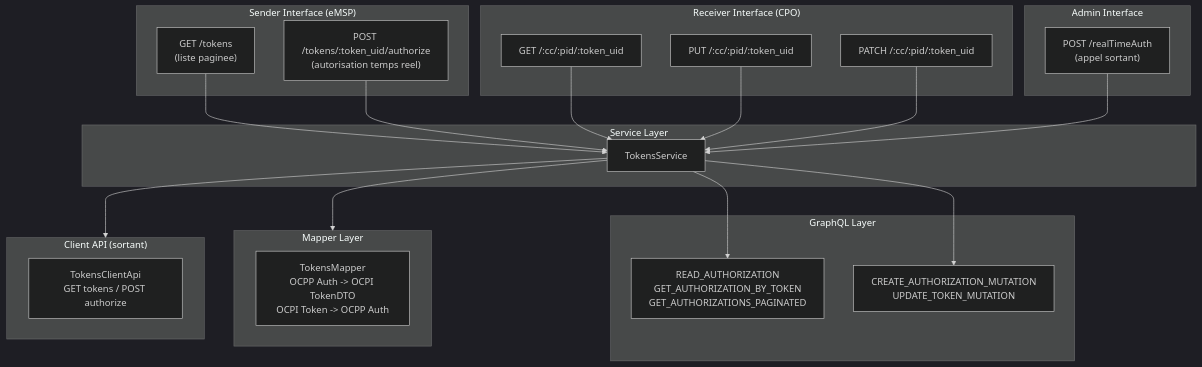
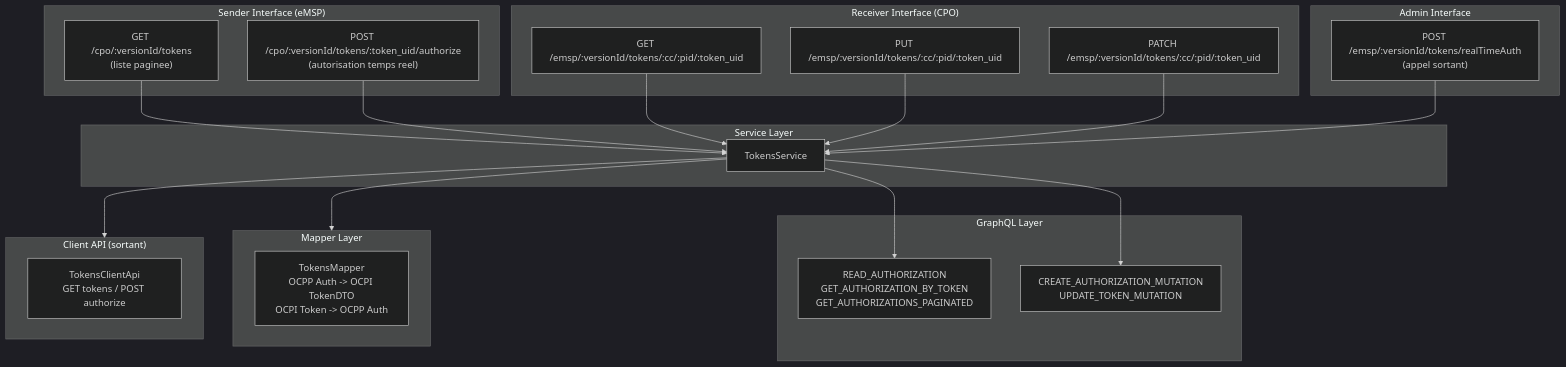
Before and after one commit to enexflow/citrineos-ocpi: the diagram in 03_Modules/Tokens/README.md, drawn with Mermaid (dark theme). The commit also changed other lines of this file and 25 other files, not shown here.

Commit message:
refactor: distinct emsp and cpo routes

````diff
--- a/03_Modules/Tokens/README.md
+++ b/03_Modules/Tokens/README.md
@@ -20,38 +20,38 @@
 ```mermaid
 flowchart TD
     subgraph senderInterface ["Sender Interface (eMSP)"]
-        SenderGET["GET /tokens\n(liste paginee)"]
-        SenderPOST["POST /tokens/:token_uid/authorize\n(autorisation temps reel)"]
+        SenderGET["GET /cpo/:versionId/tokens\n(liste paginee)"]
+        SenderPOST["POST /cpo/:versionId/tokens/:token_uid/authorize\n(autorisation temps reel)"]
     end
     subgraph receiverInterface ["Receiver Interface (CPO)"]
-        ReceiverGET["GET /:cc/:pid/:token_uid"]
-        ReceiverPUT["PUT /:cc/:pid/:token_uid"]
-        ReceiverPATCH["PATCH /:cc/:pid/:token_uid"]
+        ReceiverGET["GET /emsp/:versionId/tokens/:cc/:pid/:token_uid"]
+        ReceiverPUT["PUT /emsp/:versionId/tokens/:cc/:pid/:token_uid"]
+        ReceiverPATCH["PATCH /emsp/:versionId/tokens/:cc/:pid/:token_uid"]
     end
     subgraph adminInterface ["Admin Interface"]
-        AdminPOST["POST /realTimeAuth\n(appel sortant)"]
+        AdminPOST["POST /emsp/:versionId/tokens/realTimeAuth\n(appel sortant)"]
     end
     subgraph serviceLayer ["Service Layer"]
         TokensService["TokensService"]
     end
     subgraph graphqlLayer ["GraphQL Layer"]
         Queries["READ_AUTHORIZATION\nGET_AUTHORIZATION_BY_TOKEN\nGET_AUTHORIZATIONS_PAGINATED"]
         Mutations["CREATE_AUTHORIZATION_MUTATION\nUPDATE_TOKEN_MUTATION"]
     end
     subgraph mapperLayer ["Mapper Layer"]
         TokensMapper["TokensMapper\nOCPP Auth -> OCPI TokenDTO\nOCPI Token -> OCPP Auth"]
     end
     subgraph clientLayer ["Client API (sortant)"]
         TokensClientApi["TokensClientApi\nGET tokens / POST authorize"]
     end
     SenderGET --> TokensService
     SenderPOST --> TokensService
     ReceiverGET --> TokensService
     ReceiverPUT --> TokensService
     ReceiverPATCH --> TokensService
     AdminPOST --> TokensService
     TokensService --> Queries
     TokensService --> Mutations
     TokensService --> mapperLayer
     TokensService --> clientLayer
 ```
````
